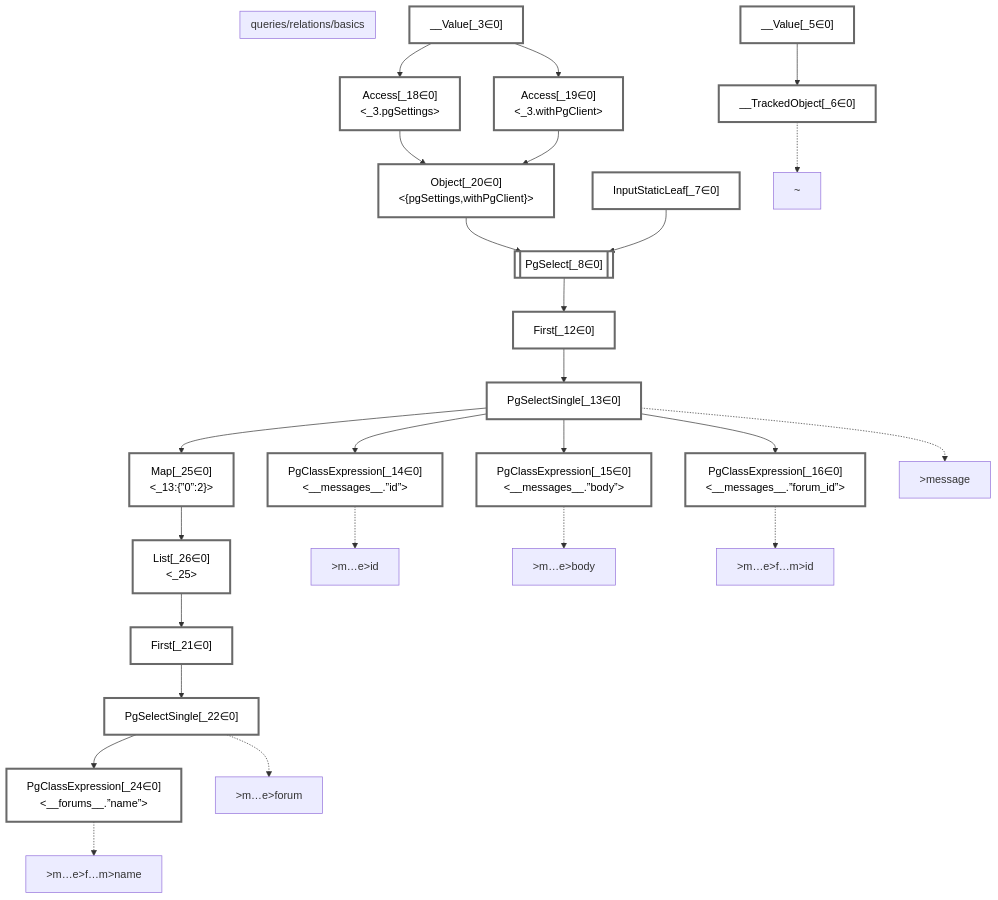
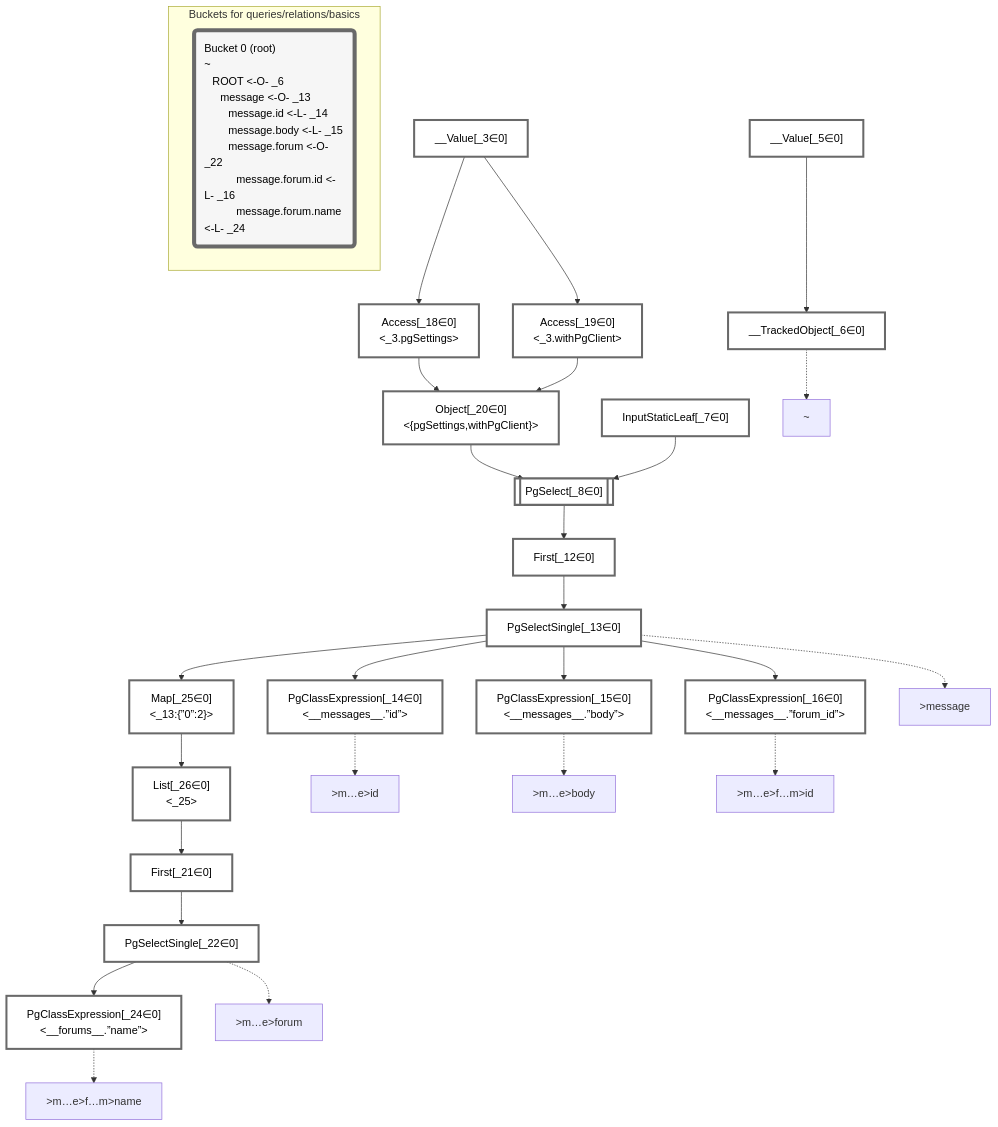
One commit to graphile/crystal changed the diagram in packages/dataplan-pg/__tests__/queries/relations/basics.mermaid.md. Above: the diagram before and after it, drawn with Mermaid. The commit also changed 37 other files, not shown here.

````diff
--- a/packages/dataplan-pg/__tests__/queries/relations/basics.mermaid.md
+++ b/packages/dataplan-pg/__tests__/queries/relations/basics.mermaid.md
@@ -1,70 +1,73 @@
 ```mermaid
 graph TD
-    subgraph "queries/relations/basics"
-    end
     classDef path fill:#eee,stroke:#000,color:#000
     classDef plan fill:#fff,stroke-width:3px,color:#000
     classDef itemplan fill:#fff,stroke-width:6px,color:#000
     classDef sideeffectplan fill:#f00,stroke-width:6px,color:#000
     classDef bucket fill:#f6f6f6,color:#000,stroke-width:6px,text-align:left
 
 
     %% define plans
     __Value_3["__Value[_3∈0]<br /><context>"]:::plan
     __Value_5["__Value[_5∈0]<br /><rootValue>"]:::plan
     __TrackedObject_6["__TrackedObject[_6∈0]"]:::plan
     InputStaticLeaf_7["InputStaticLeaf[_7∈0]"]:::plan
     PgSelect_8[["PgSelect[_8∈0]<br /><messages>"]]:::plan
     First_12["First[_12∈0]"]:::plan
     PgSelectSingle_13["PgSelectSingle[_13∈0]<br /><messages>"]:::plan
     PgClassExpression_14["PgClassExpression[_14∈0]<br /><__messages__.”id”>"]:::plan
     PgClassExpression_15["PgClassExpression[_15∈0]<br /><__messages__.”body”>"]:::plan
     PgClassExpression_16["PgClassExpression[_16∈0]<br /><__messages__.”forum_id”>"]:::plan
     Access_18["Access[_18∈0]<br /><_3.pgSettings>"]:::plan
     Access_19["Access[_19∈0]<br /><_3.withPgClient>"]:::plan
     Object_20["Object[_20∈0]<br /><{pgSettings,withPgClient}>"]:::plan
     First_21["First[_21∈0]"]:::plan
     PgSelectSingle_22["PgSelectSingle[_22∈0]<br /><forums>"]:::plan
     PgClassExpression_24["PgClassExpression[_24∈0]<br /><__forums__.”name”>"]:::plan
     Map_25["Map[_25∈0]<br /><_13:{”0”:2}>"]:::plan
     List_26["List[_26∈0]<br /><_25>"]:::plan
 
     %% plan dependencies
     __Value_5 --> __TrackedObject_6
     Object_20 --> PgSelect_8
     InputStaticLeaf_7 --> PgSelect_8
     PgSelect_8 --> First_12
     First_12 --> PgSelectSingle_13
     PgSelectSingle_13 --> PgClassExpression_14
     PgSelectSingle_13 --> PgClassExpression_15
     PgSelectSingle_13 --> PgClassExpression_16
     __Value_3 --> Access_18
     __Value_3 --> Access_19
     Access_18 --> Object_20
     Access_19 --> Object_20
     List_26 --> First_21
     First_21 --> PgSelectSingle_22
     PgSelectSingle_22 --> PgClassExpression_24
     PgSelectSingle_13 --> Map_25
     Map_25 --> List_26
 
     %% plan-to-path relationships
     P_6["~"]
     __TrackedObject_6 -.-> P_6
     P_13[">message"]
     PgSelectSingle_13 -.-> P_13
     P_14[">m…e>id"]
     PgClassExpression_14 -.-> P_14
     P_15[">m…e>body"]
     PgClassExpression_15 -.-> P_15
     P_16[">m…e>f…m>id"]
     PgClassExpression_16 -.-> P_16
     P_22[">m…e>forum"]
     PgSelectSingle_22 -.-> P_22
     P_24[">m…e>f…m>name"]
     PgClassExpression_24 -.-> P_24
 
     %% allocate buckets
     classDef bucket0 stroke:#696969
     class __Value_3,__Value_5,__TrackedObject_6,InputStaticLeaf_7,PgSelect_8,First_12,PgSelectSingle_13,PgClassExpression_14,PgClassExpression_15,PgClassExpression_16,Access_18,Access_19,Object_20,First_21,PgSelectSingle_22,PgClassExpression_24,Map_25,List_26 bucket0
+
+    subgraph "Buckets for queries/relations/basics"
+    Bucket0("Bucket 0 (root)<br />~<br />⠀ROOT <-O- _6<br />⠀⠀message <-O- _13<br />⠀⠀⠀message.id <-L- _14<br />⠀⠀⠀message.body <-L- _15<br />⠀⠀⠀message.forum <-O- _22<br />⠀⠀⠀⠀message.forum.id <-L- _16<br />⠀⠀⠀⠀message.forum.name <-L- _24"):::bucket
+    style Bucket0 stroke:#696969
+    end
 ```
````
